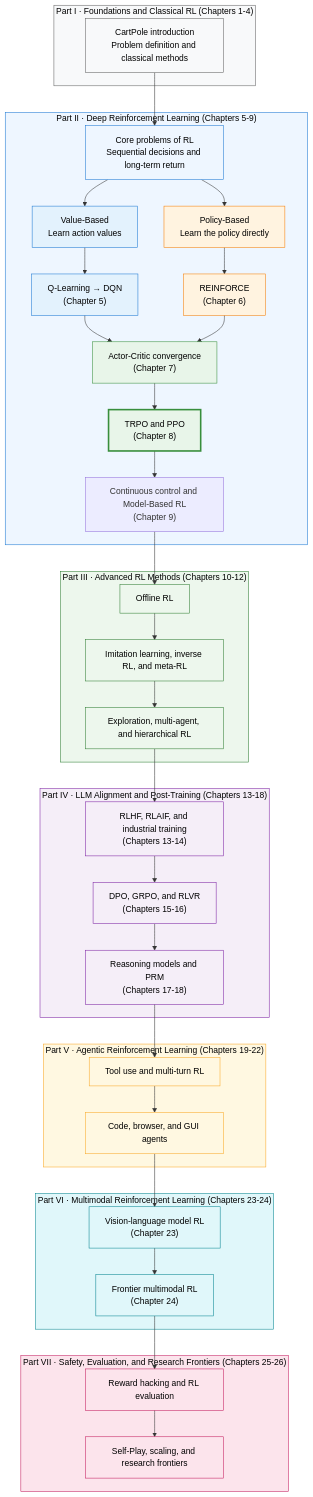
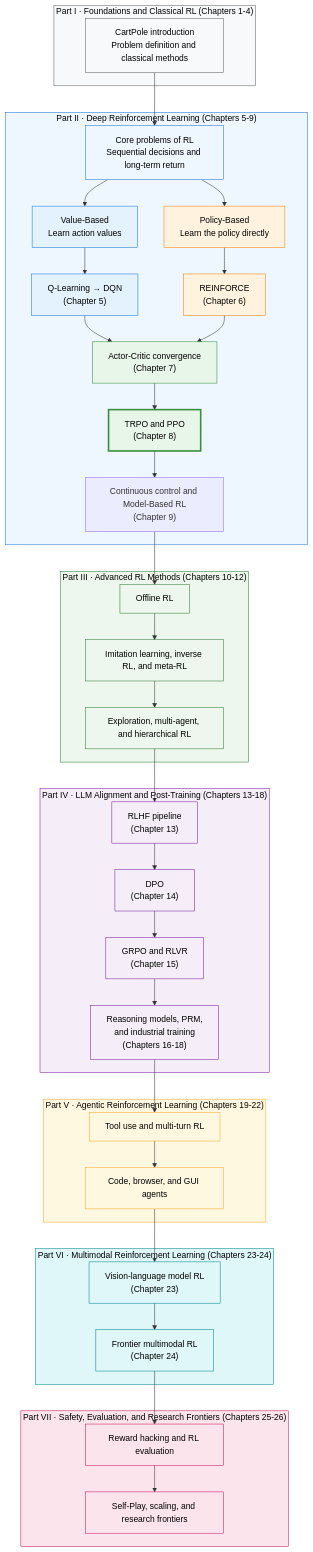
One commit to saisandeshk/hands-on-modern-rl-en changed the diagram in docs/preface/introduction.md. Above: the diagram before and after it, drawn with Mermaid. The commit also changed other lines of this file and 3 other files, not shown here.

````diff
--- a/docs/preface/introduction.md
+++ b/docs/preface/introduction.md
@@ -288,75 +288,77 @@
 ```mermaid
 graph TD
     subgraph P1["Part I · Foundations and Classical RL (Chapters 1-4)"]
         Q["CartPole introduction<br/>Problem definition and classical methods"]
     end
 
     subgraph P2["Part II · Deep Reinforcement Learning (Chapters 5-9)"]
         A["Core problems of RL<br/>Sequential decisions and long-term return"] --> B["Value-Based<br/>Learn action values"]
         A --> C["Policy-Based<br/>Learn the policy directly"]
         B --> D["Q-Learning → DQN<br/>(Chapter 5)"]
         C --> E["REINFORCE<br/>(Chapter 6)"]
         D --> F["Actor-Critic convergence<br/>(Chapter 7)"]
         E --> F
         F --> G["TRPO and PPO<br/>(Chapter 8)"]
         G --> H["Continuous control and Model-Based RL<br/>(Chapter 9)"]
     end
 
     subgraph P3["Part III · Advanced RL Methods (Chapters 10-12)"]
         I["Offline RL"] --> J["Imitation learning, inverse RL, and meta-RL"]
         J --> K["Exploration, multi-agent, and hierarchical RL"]
     end
 
     subgraph P4["Part IV · LLM Alignment and Post-Training (Chapters 13-18)"]
-        L["RLHF, RLAIF, and industrial training<br/>(Chapters 13-14)"] --> M["DPO, GRPO, and RLVR<br/>(Chapters 15-16)"]
-        M --> N["Reasoning models and PRM<br/>(Chapters 17-18)"]
+        L["RLHF pipeline<br/>(Chapter 13)"] --> M["DPO<br/>(Chapter 14)"]
+        M --> N["GRPO and RLVR<br/>(Chapter 15)"]
+        N --> O2["Reasoning models, PRM,<br/>and industrial training<br/>(Chapters 16-18)"]
     end
 
     subgraph P5["Part V · Agentic Reinforcement Learning (Chapters 19-22)"]
         O["Tool use and multi-turn RL"] --> P["Code, browser, and GUI agents"]
     end
 
     subgraph P6["Part VI · Multimodal Reinforcement Learning (Chapters 23-24)"]
         R["Vision-language model RL<br/>(Chapter 23)"] --> S["Frontier multimodal RL<br/>(Chapter 24)"]
     end
 
     subgraph P7["Part VII · Safety, Evaluation, and Research Frontiers (Chapters 25-26)"]
         T["Reward hacking and RL evaluation"] --> U["Self-Play, scaling, and research frontiers"]
     end
 
     Q --> A
     H --> I
     K --> L
-    N --> O
+    O2 --> O
     P --> R
     S --> T
 
     style P1 fill:#f8f9fa,stroke:#616161,color:#000
     style P2 fill:#eef6ff,stroke:#1976d2,color:#000
     style P3 fill:#edf7ed,stroke:#2e7d32,color:#000
     style P4 fill:#f5eef8,stroke:#7b1fa2,color:#000
     style P5 fill:#fff8e1,stroke:#f9a825,color:#000
     style P6 fill:#e0f7fa,stroke:#00838f,color:#000
     style P7 fill:#fce4ec,stroke:#c2185b,color:#000
     style Q fill:#f8f9fa,stroke:#616161,color:#000
     style A fill:#eef6ff,stroke:#1976d2,color:#000
     style B fill:#e3f2fd,stroke:#1976d2,color:#000
     style D fill:#e3f2fd,stroke:#1976d2,color:#000
     style C fill:#fff3e0,stroke:#f57c00,color:#000
     style E fill:#fff3e0,stroke:#f57c00,color:#000
     style F fill:#e8f5e9,stroke:#388e3c,color:#000
     style G fill:#e8f5e9,stroke:#388e3c,stroke-width:3px,color:#000
     style I fill:#edf7ed,stroke:#2e7d32,color:#000
     style J fill:#edf7ed,stroke:#2e7d32,color:#000
     style K fill:#edf7ed,stroke:#2e7d32,color:#000
     style L fill:#f5eef8,stroke:#7b1fa2,color:#000
     style M fill:#f5eef8,stroke:#7b1fa2,color:#000
     style N fill:#f5eef8,stroke:#7b1fa2,color:#000
+    style O2 fill:#f5eef8,stroke:#7b1fa2,color:#000
     style O fill:#fff8e1,stroke:#f9a825,color:#000
     style P fill:#fff8e1,stroke:#f9a825,color:#000
     style R fill:#e0f7fa,stroke:#00838f,color:#000
     style S fill:#e0f7fa,stroke:#00838f,color:#000
     style T fill:#fce4ec,stroke:#c2185b,color:#000
     style U fill:#fce4ec,stroke:#c2185b,color:#000
 
 ```
````
